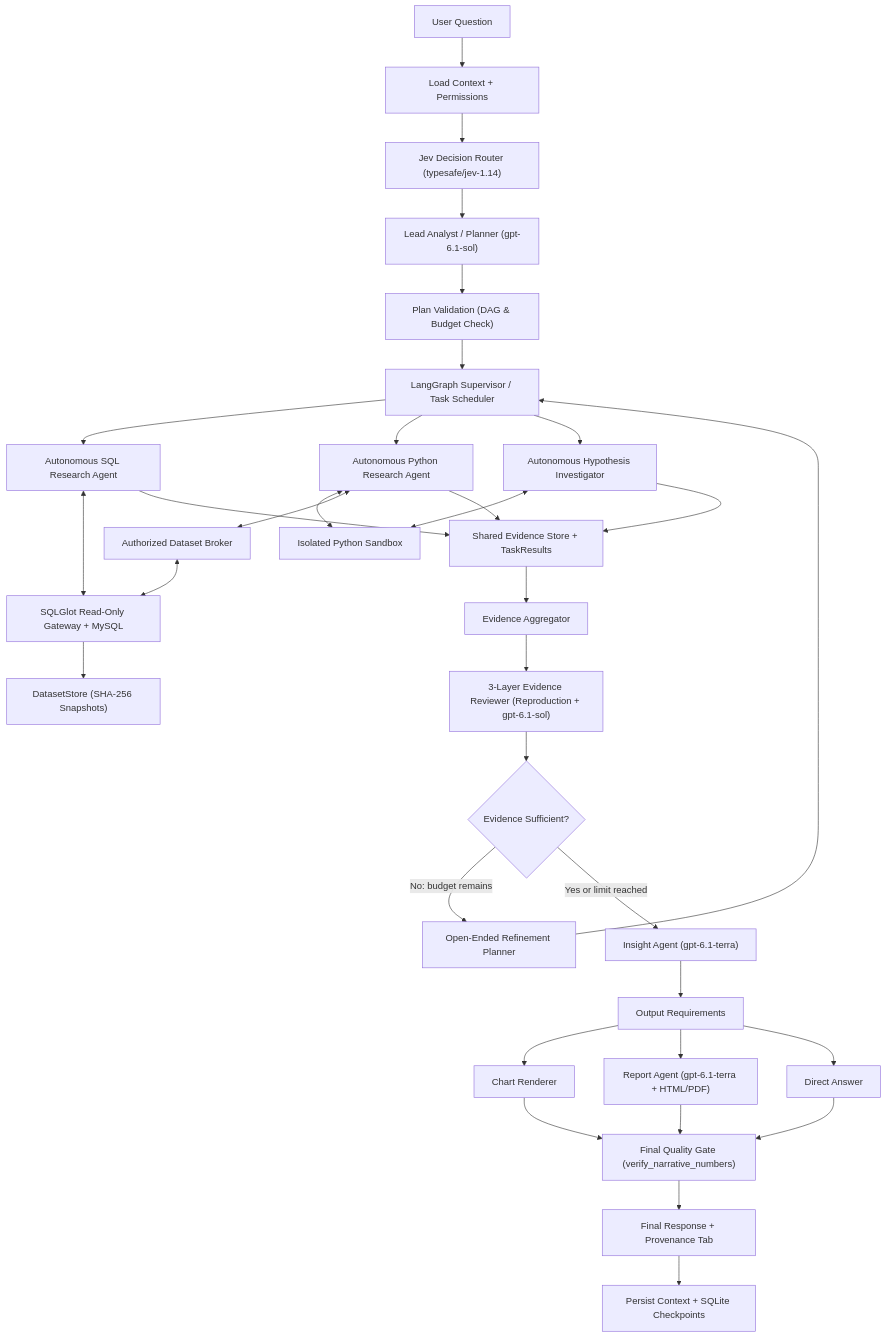
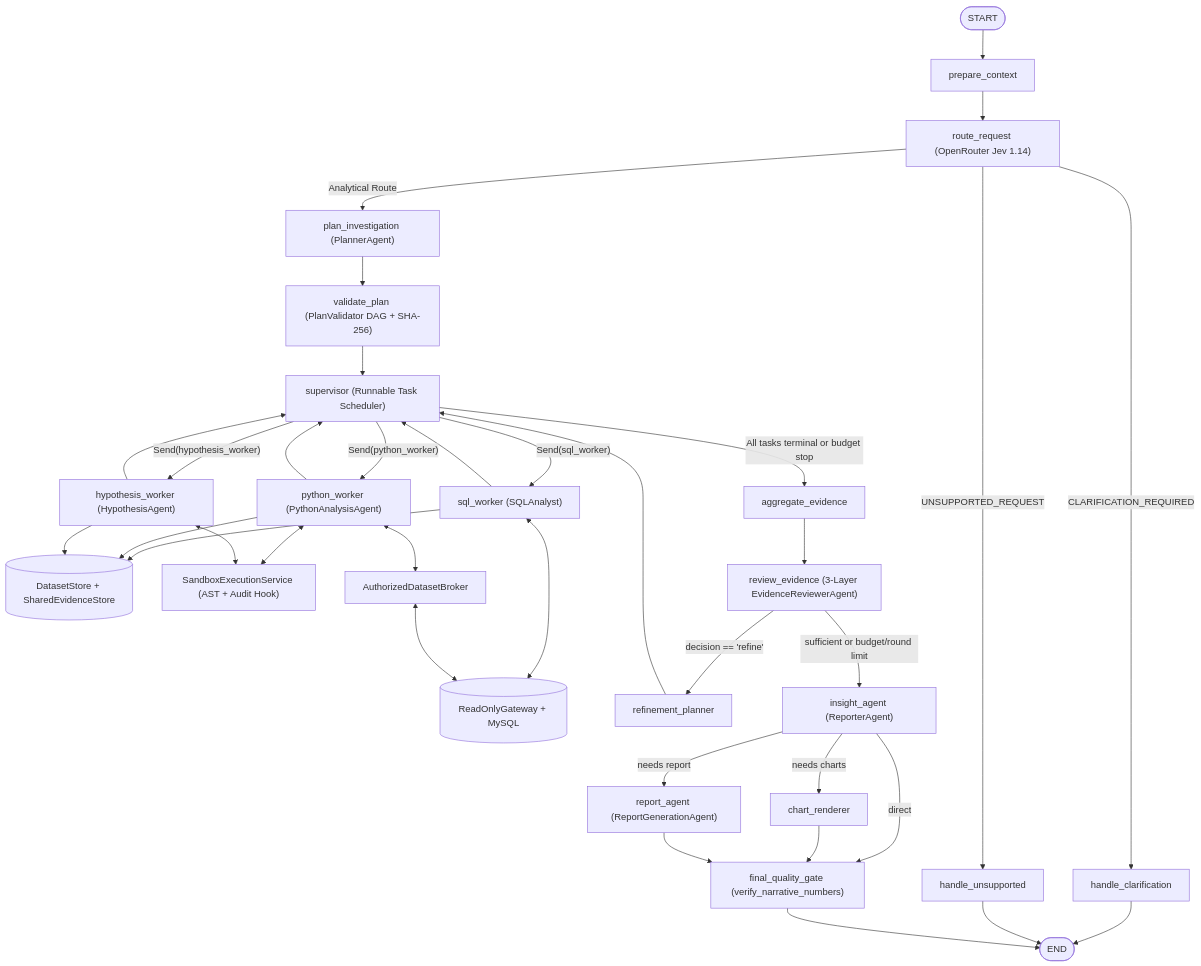
The diagram in README.md (rohitkr8527/ai-data-analyst), drawn with Mermaid before and after one commit. The commit also changed other lines of this file and 37 other files, not shown here.

````diff
--- a/README.md
+++ b/README.md
@@ -39,48 +52,45 @@
 ```mermaid
 flowchart TD
-    U["User Question"]
-    C["Load Context + Permissions"]
-    J["Jev Decision Router (typesafe/jev-1.14)"]
-    L["Lead Analyst / Planner (gpt-6.1-sol)"]
-    V["Plan Validation (DAG & Budget Check)"]
-    S["LangGraph Supervisor / Task Scheduler"]
+    START(["START"]) --> PC["prepare_context"]
+    PC --> RR["route_request (OpenRouter Jev 1.14)"]
 
-    U --> C --> J --> L --> V --> S
+    RR -->|"CLARIFICATION_REQUIRED"| HC["handle_clarification"] --> END(["END"])
+    RR -->|"UNSUPPORTED_REQUEST"| HU["handle_unsupported"] --> END
+    RR -->|"Analytical Route"| PI["plan_investigation (PlannerAgent)"]
 
-    S --> SQL["Autonomous SQL Research Agent"]
-    S --> PY["Autonomous Python Research Agent"]
-    S --> H["Autonomous Hypothesis Investigator"]
+    PI --> VP["validate_plan (PlanValidator DAG + SHA-256)"]
+    VP --> SUP["supervisor (Runnable Task Scheduler)"]
 
-    SQL <--> DB["SQLGlot Read-Only Gateway + MySQL"]
-    DB --> DS["DatasetStore (SHA-256 Snapshots)"]
+    SUP -->|"Send(sql_worker)"| SW["sql_worker (SQLAnalyst)"]
+    SUP -->|"Send(python_worker)"| PW["python_worker (PythonAnalysisAgent)"]
+    SUP -->|"Send(hypothesis_worker)"| HW["hypothesis_worker (HypothesisAgent)"]
 
-    PY <--> SB["Isolated Python Sandbox"]
-    PY <--> BR["Authorized Dataset Broker"]
+    SW <--> DB[("ReadOnlyGateway + MySQL")]
+    SW --> DS[("DatasetStore + SharedEvidenceStore")]
+    PW <--> SB["SandboxExecutionService (AST + Audit Hook)"]
+    PW <--> BR["AuthorizedDatasetBroker"]
     BR <--> DB
-    H <--> SB
+    PW --> DS
+    HW <--> SB
+    HW --> DS
 
-    SQL --> EV["Shared Evidence Store + TaskResults"]
-    PY --> EV
-    H --> EV
+    SW --> SUP
+    PW --> SUP
+    HW --> SUP
 
-    EV --> E["Evidence Aggregator"]
-    E --> R["3-Layer Evidence Reviewer (Reproduction + gpt-6.1-sol)"]
-    R --> G{"Evidence Sufficient?"}
+    SUP -->|"All tasks terminal or budget stop"| AE["aggregate_evidence"]
+    AE --> RE["review_evidence (3-Layer EvidenceReviewerAgent)"]
 
-    G -->|"No: budget remains"| RF["Open-Ended Refinement Planner"]
-    RF --> S
+    RE -->|"decision == 'refine'"| RFP["refinement_planner"]
+    RFP --> SUP
 
-    G -->|"Yes or limit reached"| I["Insight Agent (gpt-6.1-terra)"]
+    RE -->|"sufficient or budget/round limit"| IA["insight_agent (ReporterAgent)"]
 
-    I --> O["Output Requirements"]
-    O --> CH["Chart Renderer"]
-    O --> RP["Report Agent (gpt-6.1-terra + HTML/PDF)"]
-    O --> AN["Direct Answer"]
+    IA -->|"needs charts"| CR["chart_renderer"]
+    IA -->|"needs report"| RA["report_agent (ReportGenerationAgent)"]
+    IA -->|"direct"| FQG["final_quality_gate (verify_narrative_numbers)"]
 
-    CH --> F["Final Quality Gate (verify_narrative_numbers)"]
-    RP --> F
-    AN --> F
-
-    F --> OUT["Final Response + Provenance Tab"]
-    OUT --> M["Persist Context + SQLite Checkpoints"]
+    CR --> FQG
+    RA --> FQG
+    FQG --> END
 ```
````
